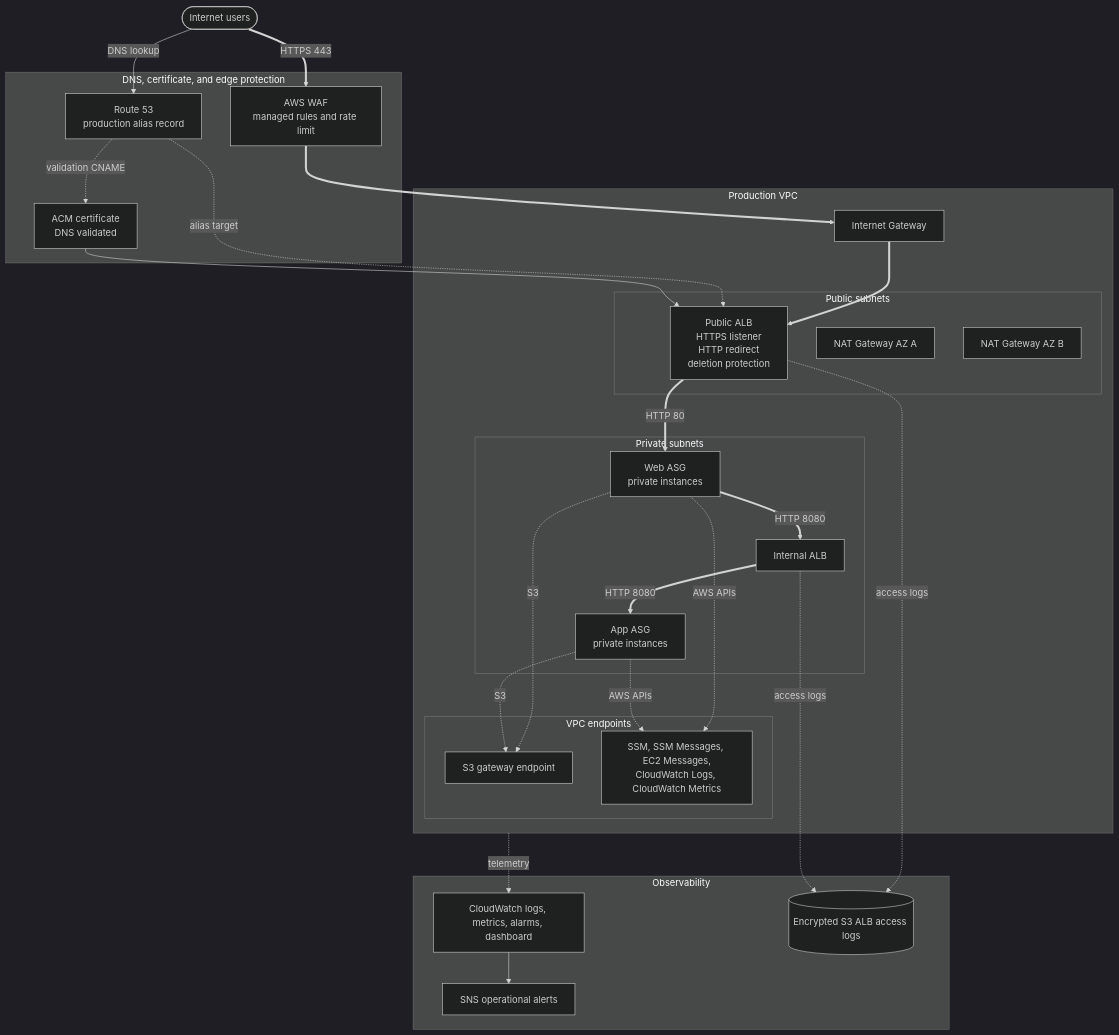
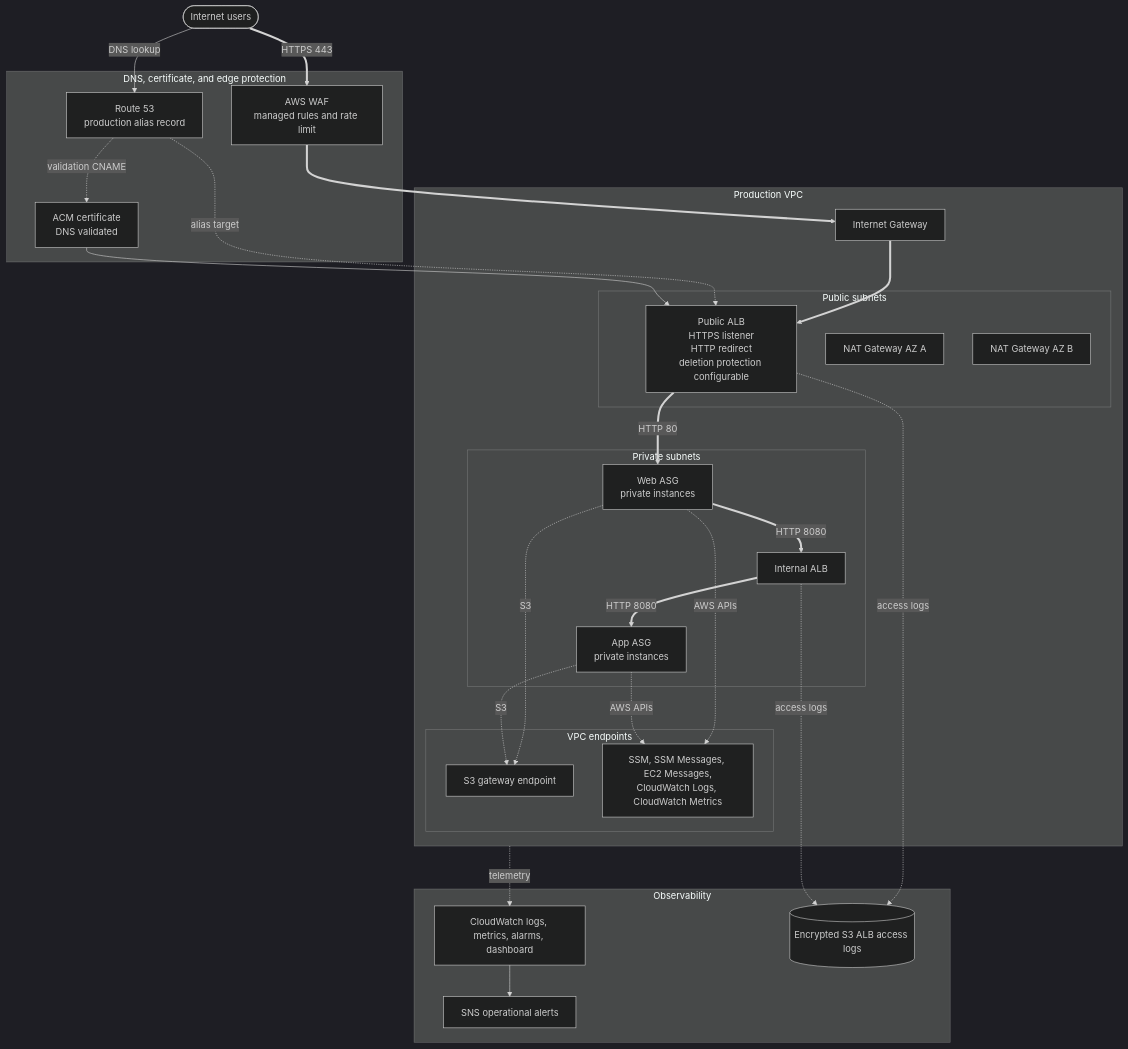
Before and after one commit to sjlevalley/terraform-aws-secure-two-tier-vpc: the diagram in environments/prod/README.md, drawn with Mermaid (dark theme). The commit also changed other lines of this file and 2 other files, not shown here.

````diff
--- a/environments/prod/README.md
+++ b/environments/prod/README.md
@@ -9,59 +9,59 @@
 ```mermaid
 flowchart TB
   user([Internet users])
 
   subgraph edge[DNS, certificate, and edge protection]
     r53[Route 53<br/>production alias record]
     acm[ACM certificate<br/>DNS validated]
     waf[AWS WAF<br/>managed rules and rate limit]
     r53 -. validation CNAME .-> acm
   end
 
   user -->|DNS lookup| r53
   user ==>|HTTPS 443| waf
 
   subgraph vpc[Production VPC]
     igw[Internet Gateway]
 
     subgraph public[Public subnets]
-      publicAlb[Public ALB<br/>HTTPS listener<br/>HTTP redirect<br/>deletion protection]
+      publicAlb[Public ALB<br/>HTTPS listener<br/>HTTP redirect<br/>deletion protection configurable]
       natA[NAT Gateway AZ A]
       natB[NAT Gateway AZ B]
     end
 
     subgraph private[Private subnets]
       webAsg[Web ASG<br/>private instances]
       internalAlb[Internal ALB]
       appAsg[App ASG<br/>private instances]
     end
 
     subgraph endpoints[VPC endpoints]
       s3[S3 gateway endpoint]
       interfaces[SSM, SSM Messages, EC2 Messages,<br/>CloudWatch Logs, CloudWatch Metrics]
     end
 
     waf ==> igw
     igw ==> publicAlb
     publicAlb ==>|HTTP 80| webAsg
     webAsg ==>|HTTP 8080| internalAlb
     internalAlb ==>|HTTP 8080| appAsg
 
     webAsg -. AWS APIs .-> interfaces
     appAsg -. AWS APIs .-> interfaces
     webAsg -. S3 .-> s3
     appAsg -. S3 .-> s3
   end
 
   r53 -. alias target .-> publicAlb
   acm --> publicAlb
 
   subgraph logging[Observability]
     cw[CloudWatch logs, metrics, alarms, dashboard]
     sns[SNS operational alerts]
     logs[(Encrypted S3 ALB access logs)]
     cw --> sns
   end
 
   vpc -. telemetry .-> cw
   publicAlb & internalAlb -. access logs .-> logs
 ```
````
